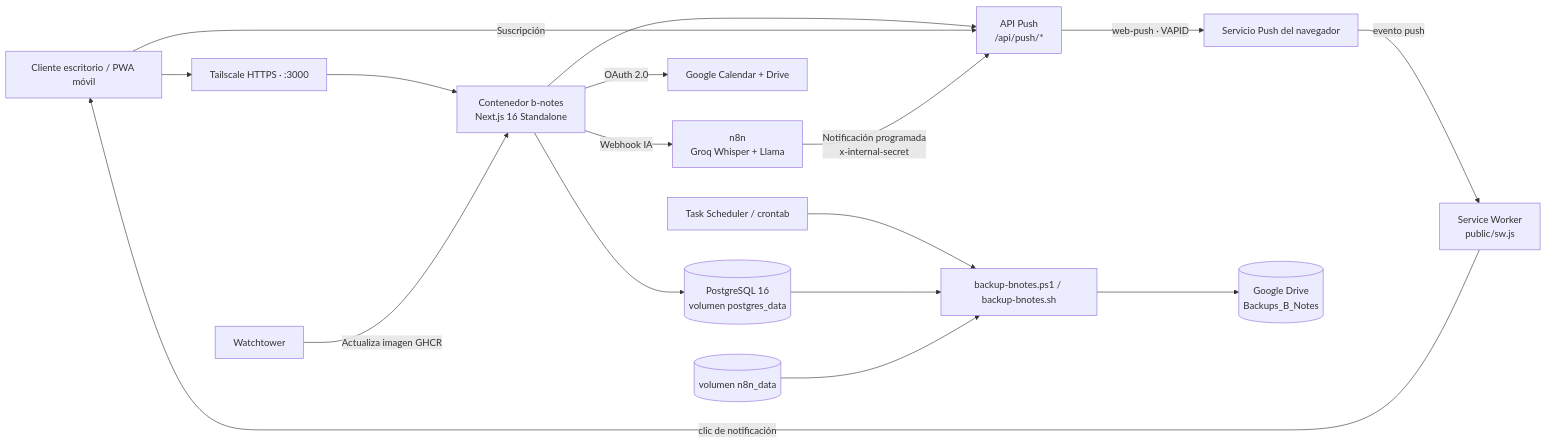
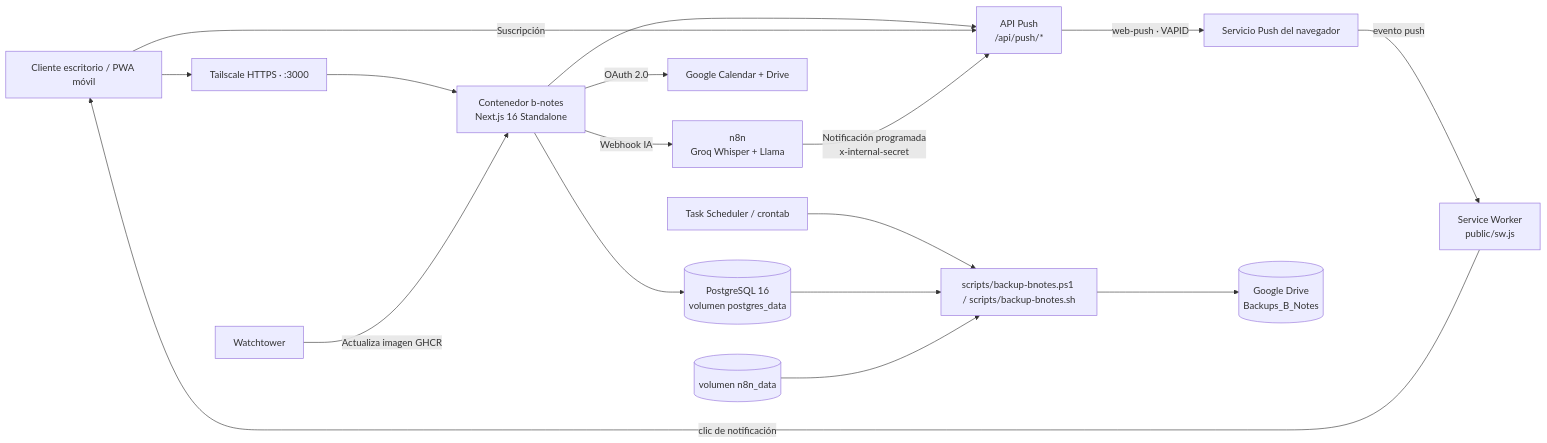
The diagram in README.md (TITA-b/b_notes), drawn with Mermaid before and after one commit. The commit also changed other lines of this file and 4 other files, not shown here.

````diff
--- a/README.md
+++ b/README.md
@@ -21,19 +21,19 @@
 ```mermaid
 graph LR
   Client["Cliente escritorio / PWA móvil"] --> Tailscale["Tailscale HTTPS · :3000"]
   Tailscale --> App["Contenedor b-notes<br/>Next.js 16 Standalone"]
   App --> PG[("PostgreSQL 16<br/>volumen postgres_data")]
   App -->|"Webhook IA"| N8N["n8n<br/>Groq Whisper + Llama"]
   App -->|"OAuth 2.0"| Google["Google Calendar + Drive"]
   App --> PushAPI["API Push<br/>/api/push/*"]
   Client -->|"Suscripción"| PushAPI
   N8N -->|"Notificación programada<br/>x-internal-secret"| PushAPI
   PushAPI -->|"web-push · VAPID"| PushService["Servicio Push del navegador"]
   PushService -->|"evento push"| SW["Service Worker<br/>public/sw.js"]
   SW -->|"clic de notificación"| Client
   Watchtower["Watchtower"] -->|"Actualiza imagen GHCR"| App
-  Scheduler["Task Scheduler / crontab"] --> Backup["backup-bnotes.ps1 / backup-bnotes.sh"]
+  Scheduler["Task Scheduler / crontab"] --> Backup["scripts/backup-bnotes.ps1 / scripts/backup-bnotes.sh"]
   PG --> Backup
   N8NData[("volumen n8n_data")] --> Backup
   Backup --> Drive[("Google Drive<br/>Backups_B_Notes")]
 ```
````
